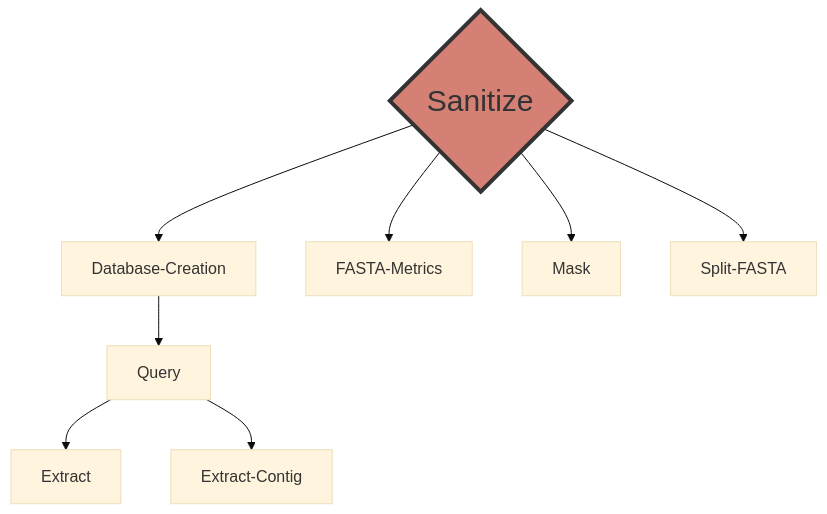
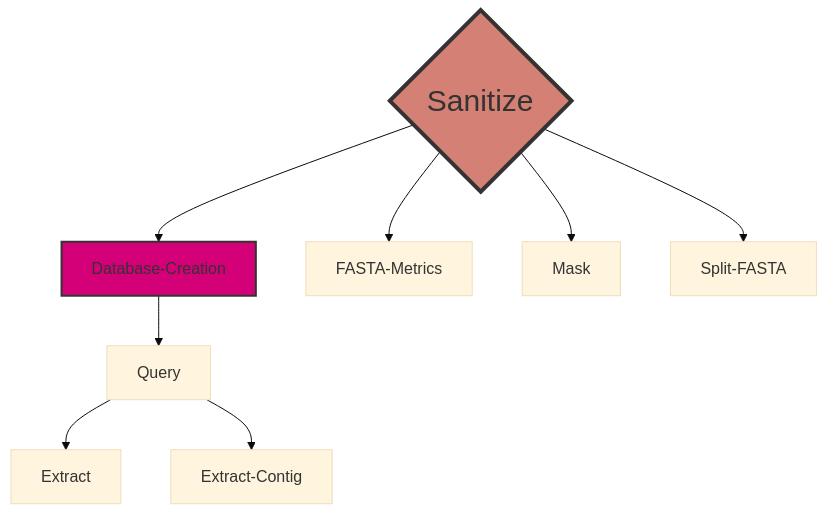
Before and after one commit to ERBringHorvath/SeqForge: the diagram in README.md, drawn with Mermaid (base theme).

````diff
--- a/README.md
+++ b/README.md
@@ -79,13 +79,14 @@
 ```mermaid
 graph TD;
     A{Sanitize}-->B[Database-Creation];
     B[Database-Creation]-->C[Query];
     C[Query]-->D[Extract];
     C[Query]-->E[Extract-Contig];
     A{Sanitize}-->F[FASTA-Metrics];
     A{Sanitize}-->G[Mask];
     A{Sanitize}-->H[Split-FASTA];
 
     %% Custom style for Sanitize node
     style A fill:#d48074,stroke:#333,stroke-width:4,font-size:30px
+    style B fill:#d40078,stroke:#333,stroke-width:2,fong-size:20px
 ```
````
